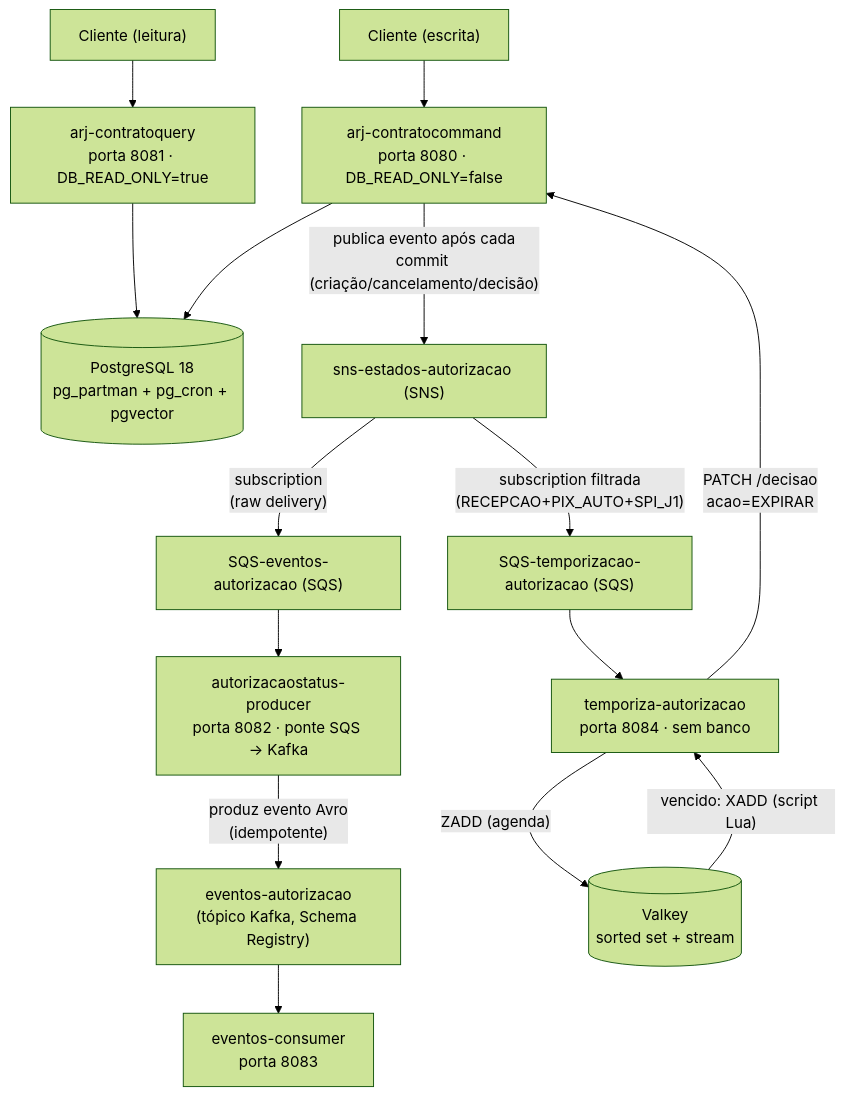
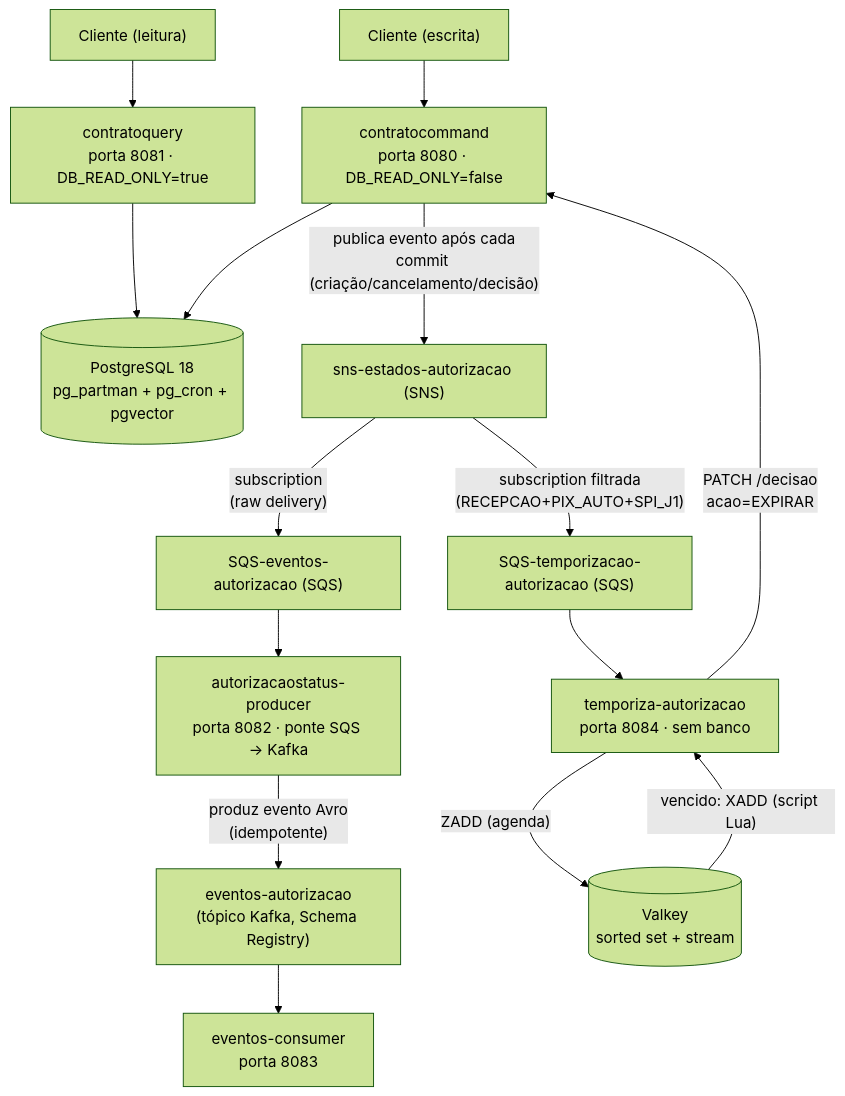
Before and after one commit to srportto/arj-pagrecorrentes-dbrelacional: the diagram in README.md, drawn with Mermaid (forest theme). The commit also changed other lines of this file and 379 other files, not shown here.

First line of the commit message:
renomeia arj-contratocommand/arj-contratoquery para contratocommand/contratoquery

````diff
--- a/README.md
+++ b/README.md
@@ -5,20 +5,20 @@
 ```mermaid
 flowchart TD
-    ClienteEscrita["Cliente (escrita)"] --> Command["arj-contratocommand<br/>porta 8080 · DB_READ_ONLY=false"]
-    ClienteLeitura["Cliente (leitura)"] --> Query["arj-contratoquery<br/>porta 8081 · DB_READ_ONLY=true"]
+    ClienteEscrita["Cliente (escrita)"] --> Command["contratocommand<br/>porta 8080 · DB_READ_ONLY=false"]
+    ClienteLeitura["Cliente (leitura)"] --> Query["contratoquery<br/>porta 8081 · DB_READ_ONLY=true"]
 
     Command --> Postgres[("PostgreSQL 18<br/>pg_partman + pg_cron + pgvector")]
     Query --> Postgres
 
     Command -->|"publica evento após cada<br/>commit (criação/cancelamento/decisão)"| SNS["sns-estados-autorizacao (SNS)"]
     SNS -->|"subscription<br/>(raw delivery)"| SQS["SQS-eventos-autorizacao (SQS)"]
     SQS --> Producer["autorizacaostatus-producer<br/>porta 8082 · ponte SQS → Kafka"]
     Producer -->|"produz evento Avro<br/>(idempotente)"| Kafka["eventos-autorizacao<br/>(tópico Kafka, Schema Registry)"]
     Kafka --> Consumer["eventos-consumer<br/>porta 8083"]
 
     SNS -->|"subscription filtrada<br/>(RECEPCAO+PIX_AUTO+SPI_J1)"| SQST["SQS-temporizacao-autorizacao (SQS)"]
     SQST --> Temporiza["temporiza-autorizacao<br/>porta 8084 · sem banco"]
     Temporiza -->|"ZADD (agenda)"| Valkey[("Valkey<br/>sorted set + stream")]
     Valkey -->|"vencido: XADD (script Lua)"| Temporiza
     Temporiza -->|"PATCH /decisao<br/>acao=EXPIRAR"| Command
 ```
````
